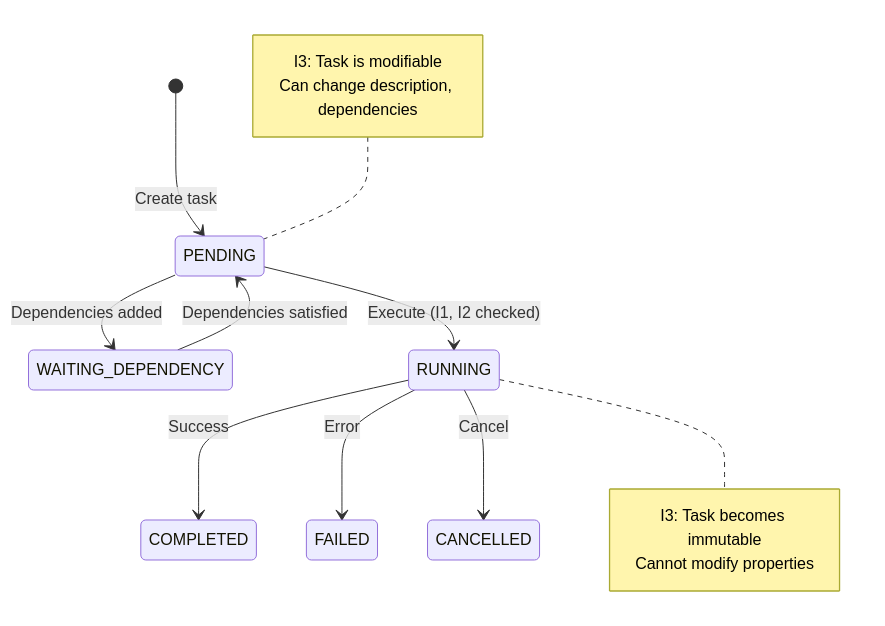
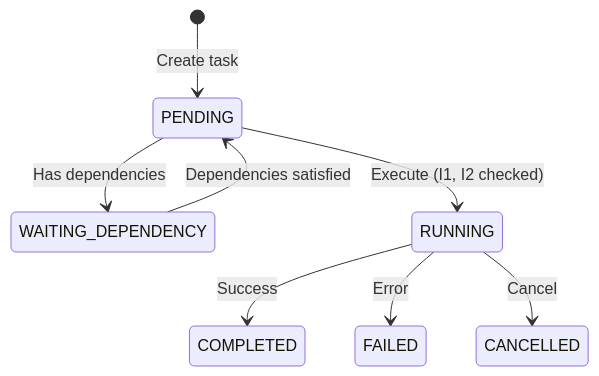
The second of 2 diagrams in documents/docs/galaxy/constellation_orchestrator/consistency_guarantees.md (microsoft/UFO), drawn with Mermaid before and after one commit. The commit also changed other lines of this file and 13 other files, not shown here.

````diff
--- a/documents/docs/galaxy/constellation_orchestrator/consistency_guarantees.md
+++ b/documents/docs/galaxy/constellation_orchestrator/consistency_guarantees.md
@@ -366,20 +333,10 @@
 ```mermaid
 stateDiagram-v2
     [*] --> PENDING: Create task
-    PENDING --> WAITING_DEPENDENCY: Dependencies added
+    PENDING --> WAITING_DEPENDENCY: Has dependencies
     WAITING_DEPENDENCY --> PENDING: Dependencies satisfied
     PENDING --> RUNNING: Execute (I1, I2 checked)
     RUNNING --> COMPLETED: Success
     RUNNING --> FAILED: Error
     RUNNING --> CANCELLED: Cancel
-    
-    note right of RUNNING
-        I3: Task becomes immutable
-        Cannot modify properties
-    end note
-    
-    note left of PENDING
-        I3: Task is modifiable
-        Can change description, dependencies
-    end note
 ```
````
